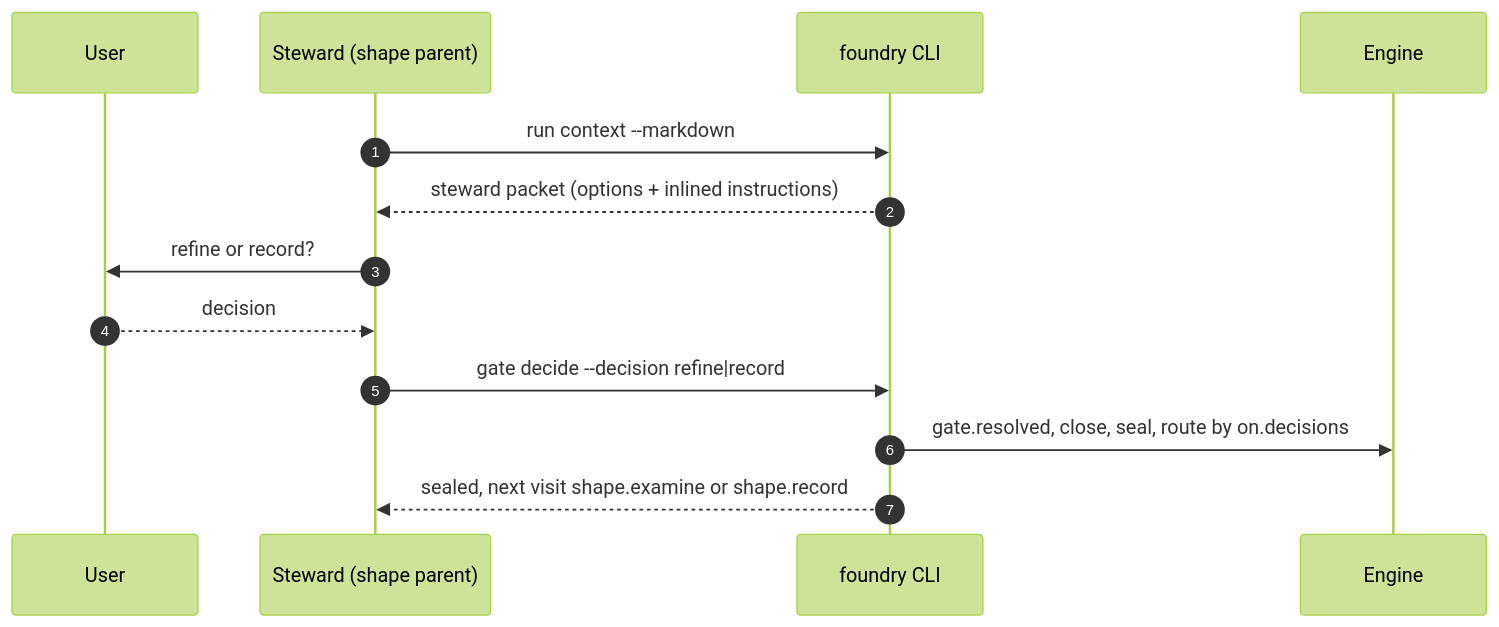
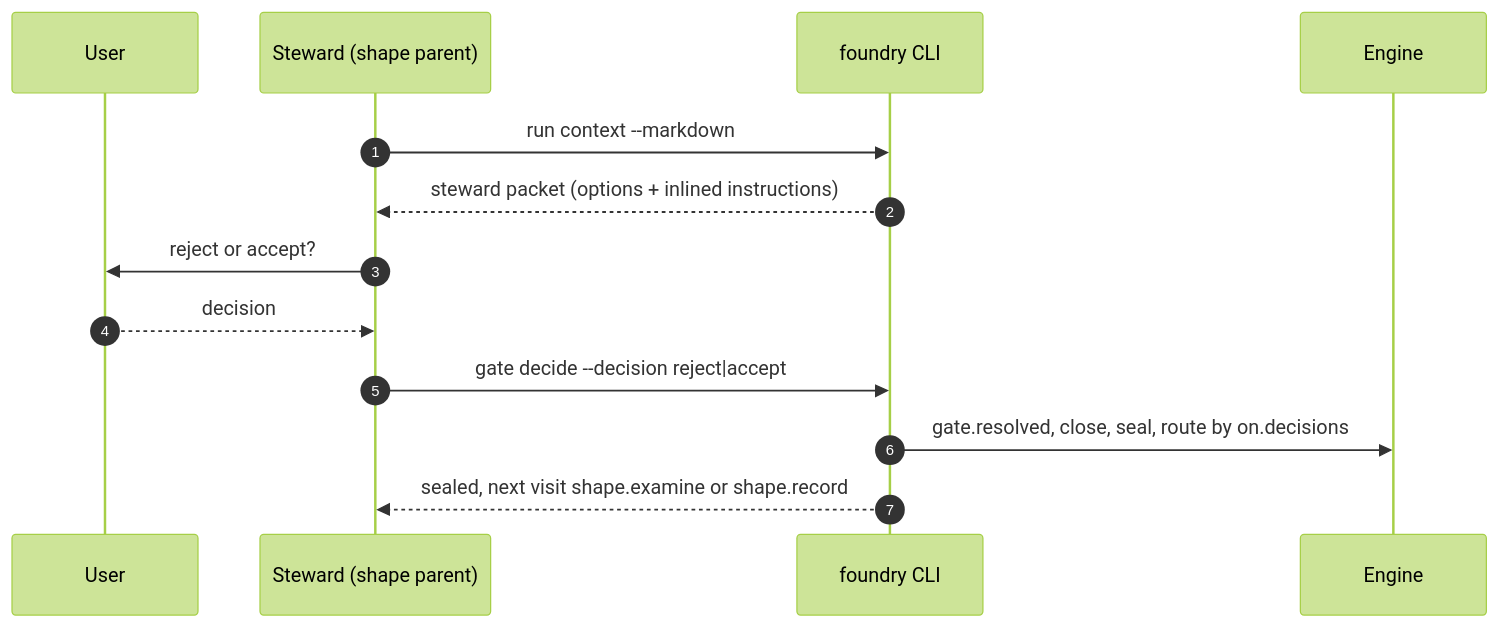
One commit to burtlo/foundry changed the second of 2 diagrams in docs/nodes/shape.present.gate.md. Above: the diagram before and after it, drawn with Mermaid (forest theme). The commit also changed other lines of this file and 72 other files, not shown here.

````diff
--- a/docs/nodes/shape.present.gate.md
+++ b/docs/nodes/shape.present.gate.md
@@ -66,17 +66,17 @@
 ```mermaid
 sequenceDiagram
   autonumber
   participant U as User
   participant S as Steward (shape parent)
   participant CLI as foundry CLI
   participant E as Engine
 
   S->>CLI: run context --markdown
   CLI-->>S: steward packet (options + inlined instructions)
 
-  S->>U: refine or record?
+  S->>U: reject or accept?
   U-->>S: decision
-  S->>CLI: gate decide --decision refine|record
+  S->>CLI: gate decide --decision reject|accept
   CLI->>E: gate.resolved, close, seal, route by on.decisions
   CLI-->>S: sealed, next visit shape.examine or shape.record
 ```
````
